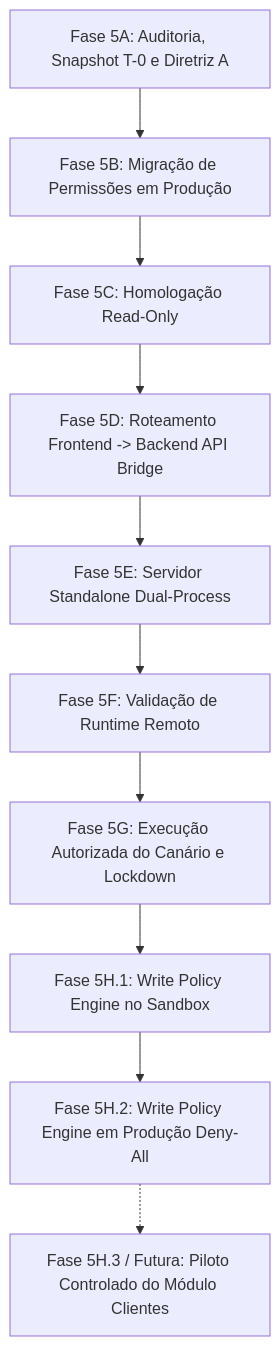
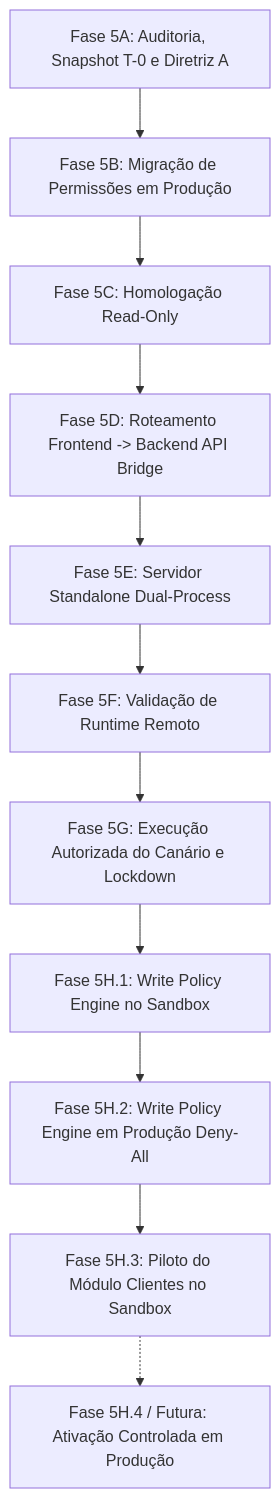
One commit to Lucasnlucca/CRMiris changed the diagram in CONTEXT_CHECKPOINT.md. Above: the diagram before and after it, drawn with Mermaid. The commit also changed other lines of this file, not shown here.

Commit message:
docs: finalize phase 5h.3 context checkpoint

````diff
--- a/CONTEXT_CHECKPOINT.md
+++ b/CONTEXT_CHECKPOINT.md
@@ -19,12 +19,13 @@
 ```mermaid
 flowchart TD
     F5A[Fase 5A: Auditoria, Snapshot T-0 e Diretriz A] --> F5B[Fase 5B: Migração de Permissões em Produção]
     F5B --> F5C[Fase 5C: Homologação Read-Only]
     F5C --> F5D[Fase 5D: Roteamento Frontend -> Backend API Bridge]
     F5D --> F5E[Fase 5E: Servidor Standalone Dual-Process]
     F5E --> F5F[Fase 5F: Validação de Runtime Remoto]
     F5F --> F5G[Fase 5G: Execução Autorizada do Canário e Lockdown]
     F5G --> F5H1[Fase 5H.1: Write Policy Engine no Sandbox]
     F5H1 --> F5H2[Fase 5H.2: Write Policy Engine em Produção Deny-All]
-    F5H2 -.-> F5H3[Fase 5H.3 / Futura: Piloto Controlado do Módulo Clientes]
+    F5H2 --> F5H3[Fase 5H.3: Piloto do Módulo Clientes no Sandbox]
+    F5H3 -.-> F5H4[Fase 5H.4 / Futura: Ativação Controlada em Produção]
 ```
````
